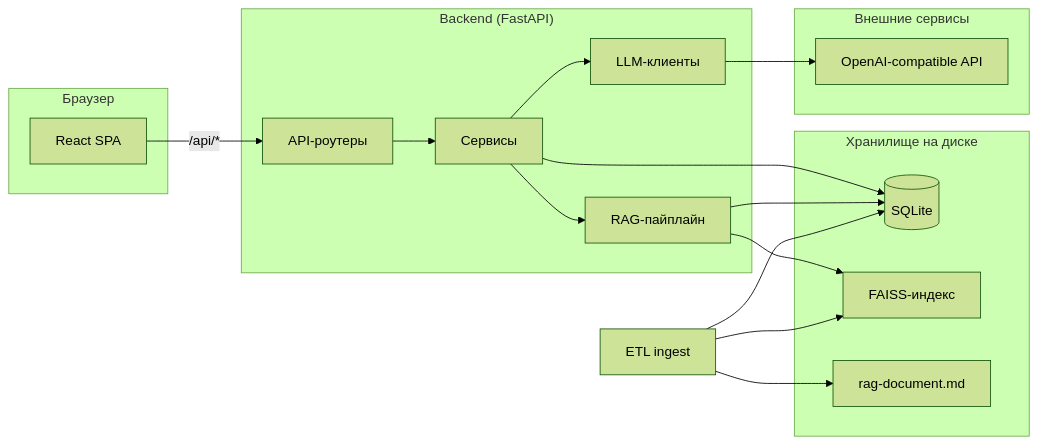
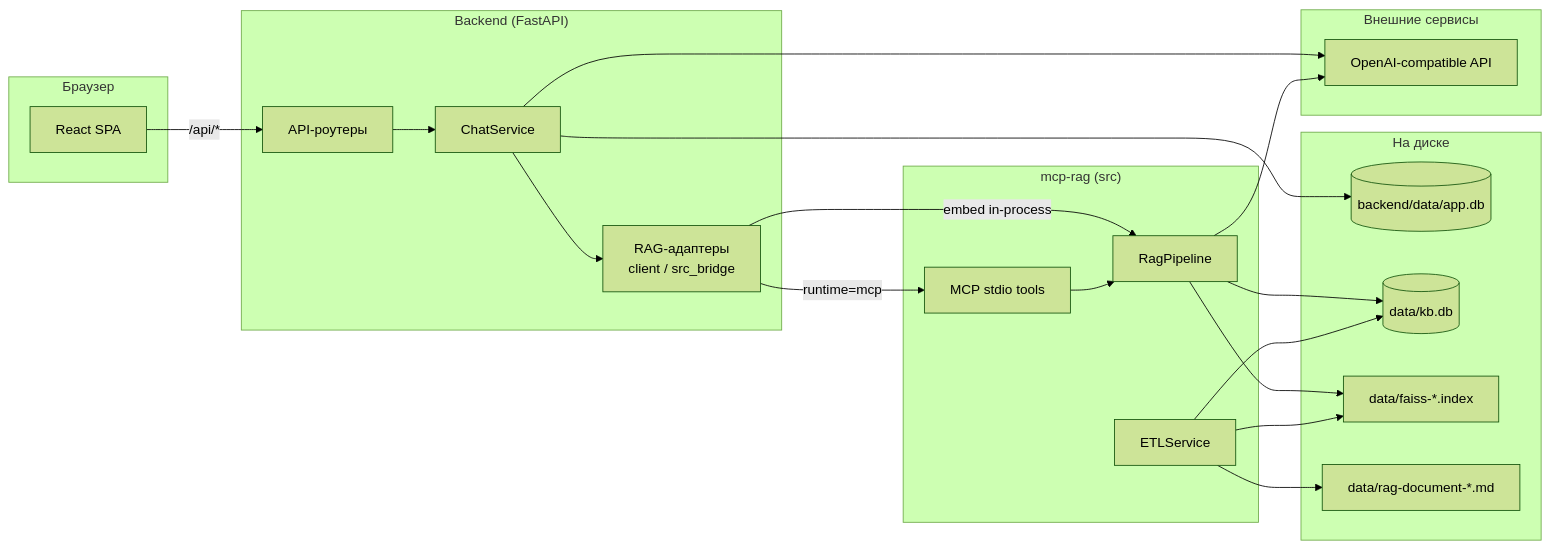
The first of 3 diagrams in docs/ARCHITECTURE_RU.md (Dmitry178/avia-rag-bot), drawn with Mermaid (forest theme) before and after one commit. The commit also changed other lines of this file and 1 other file, not shown here.

Commit message:
Restructure project architecture with mcp-rag separation

````diff
--- a/docs/ARCHITECTURE_RU.md
+++ b/docs/ARCHITECTURE_RU.md
@@ -20,35 +22,44 @@
 ```mermaid
 flowchart LR
     subgraph client ["Браузер"]
         UI["React SPA"]
     end
 
     subgraph backend ["Backend (FastAPI)"]
         API["API-роутеры"]
-        SVC["Сервисы"]
-        RAG["RAG-пайплайн"]
-        LLM["LLM-клиенты"]
+        SVC["ChatService"]
+        ADP["RAG-адаптеры\nclient / src_bridge"]
         API --> SVC
-        SVC --> RAG
-        SVC --> LLM
+        SVC --> ADP
     end
 
-    subgraph storage ["Хранилище на диске"]
-        DB[("SQLite")]
-        FAISS["FAISS-индекс"]
-        DOC["rag-document.md"]
+    subgraph mcp_rag ["mcp-rag (src)"]
+        RAG["RagPipeline"]
+        ETL["ETLService"]
+        MCP["MCP stdio tools"]
+    end
+
+    subgraph storage ["На диске"]
+        APPDB[("backend/data/app.db")]
+        KBDB[("data/kb.db")]
+        FAISS["data/faiss-*.index"]
+        DOC["data/rag-document-*.md"]
     end
 
     subgraph external ["Внешние сервисы"]
         LLM_API["OpenAI-compatible API"]
     end
 
     UI -->|"/api/*"| API
-    SVC --> DB
+    SVC --> APPDB
+    ADP -->|embed in-process| RAG
+    ADP -->|runtime=mcp| MCP
+    MCP --> RAG
+    RAG --> KBDB
     RAG --> FAISS
-    RAG --> DB
-    LLM --> LLM_API
-    ETL["ETL ingest"] --> DOC
-    ETL --> DB
+    ETL --> DOC
+    ETL --> KBDB
     ETL --> FAISS
+    SVC --> LLM_API
+    RAG --> LLM_API
 ```
````
